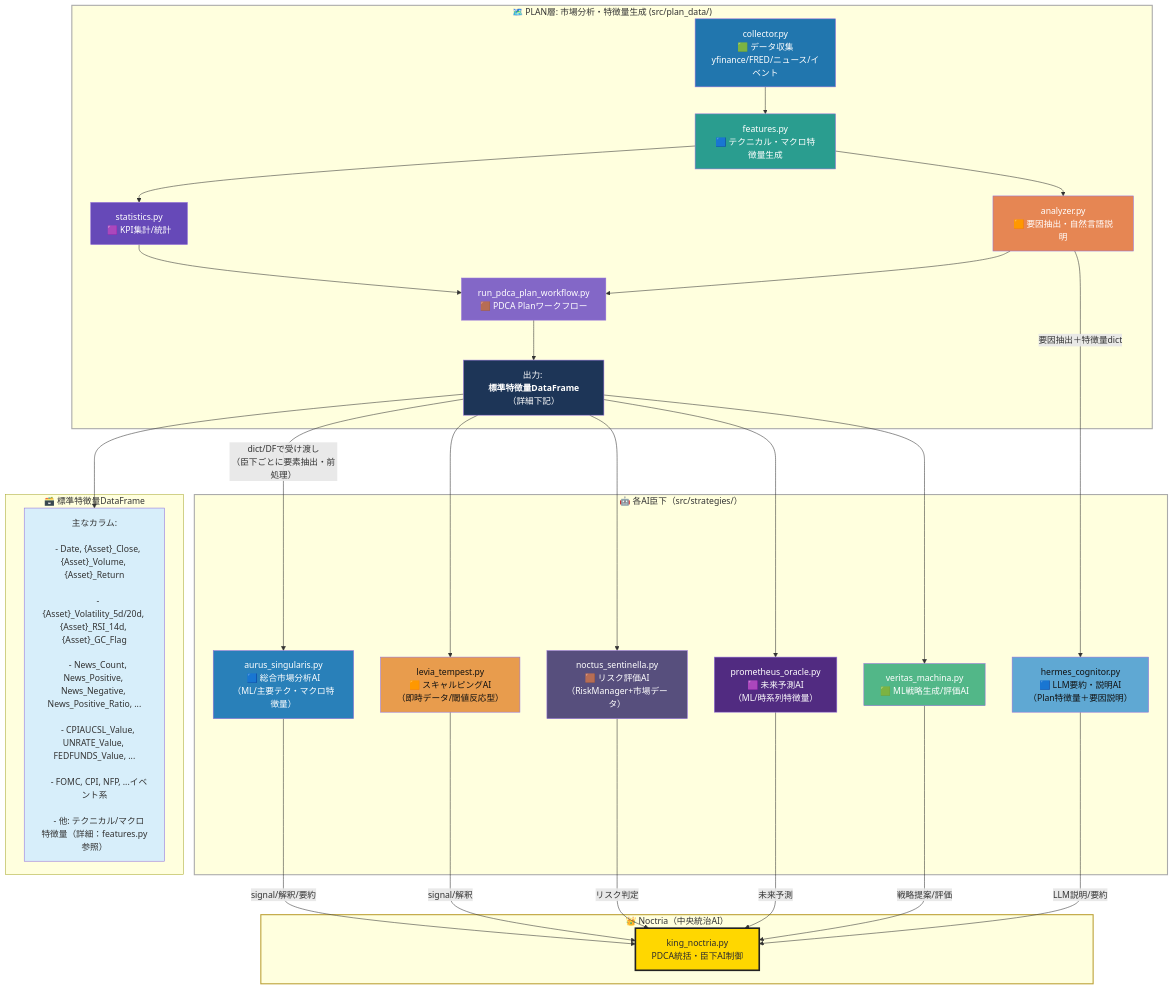
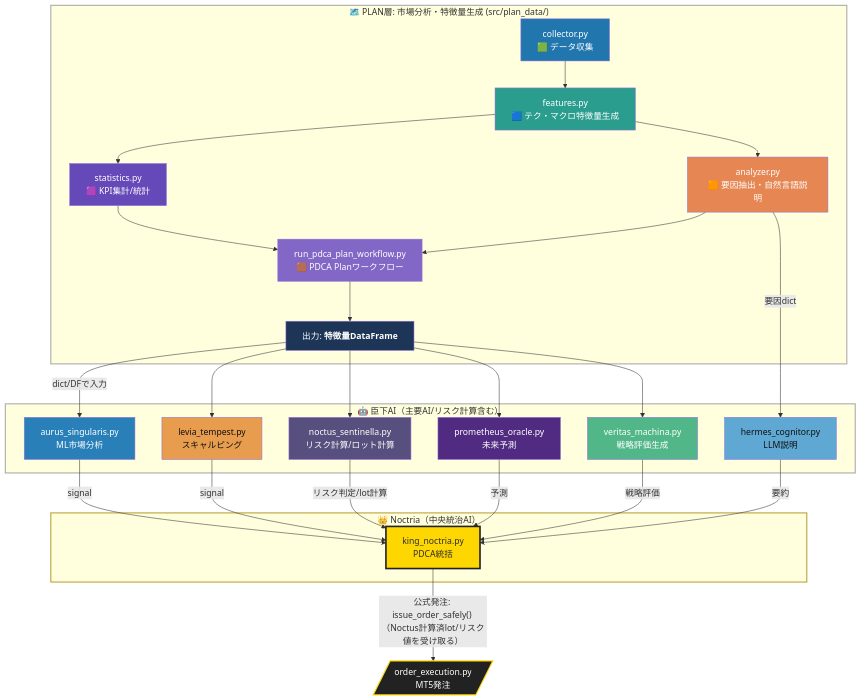
The diagram in docs/P層.mmd (Noctria/noctria_kingdom), drawn with Mermaid before and after one commit.

```diff
--- a/docs/P層.mmd
+++ b/docs/P層.mmd
@@ -1,79 +1,72 @@
 flowchart TD
 
   %% --- Plan層（計画・特徴量生成） ---
   subgraph Plan["🗺️ PLAN層: 市場分析・特徴量生成 (src/plan_data/)"]
-    COLLECTOR["collector.py<br>🟩 データ収集<br>yfinance/FRED/ニュース/イベント"]
-    FEATURES["features.py<br>🟦 テクニカル・マクロ特徴量生成"]
+    COLLECTOR["collector.py<br>🟩 データ収集"]
+    FEATURES["features.py<br>🟦 テク・マクロ特徴量生成"]
     STATISTICS["statistics.py<br>🟪 KPI集計/統計"]
     ANALYZER["analyzer.py<br>🟧 要因抽出・自然言語説明"]
-    PLAN_WORKFLOW["run_pdca_plan_workflow.py<br>🟫 PDCA Planワークフロー"]
-    DF_OUTPUT["出力: <br><b>標準特徴量DataFrame</b>（詳細下記）"]
+    PLAN_WF["run_pdca_plan_workflow.py<br>🟫 PDCA Planワークフロー"]
+    DF_OUT["出力: <b>特徴量DataFrame</b>"]
     COLLECTOR --> FEATURES
     FEATURES --> STATISTICS
     FEATURES --> ANALYZER
-    ANALYZER --> PLAN_WORKFLOW
-    STATISTICS --> PLAN_WORKFLOW
-    PLAN_WORKFLOW --> DF_OUTPUT
+    ANALYZER --> PLAN_WF
+    STATISTICS --> PLAN_WF
+    PLAN_WF --> DF_OUT
   end
 
-  %% --- 標準特徴量例 ---
-  subgraph DF["🗃️ 標準特徴量DataFrame"]
-    DF_COLUMNS["主なカラム:<br>
-    - Date, {Asset}_Close, {Asset}_Volume, {Asset}_Return<br>
-    - {Asset}_Volatility_5d/20d, {Asset}_RSI_14d, {Asset}_GC_Flag<br>
-    - News_Count, News_Positive, News_Negative, News_Positive_Ratio, ...<br>
-    - CPIAUCSL_Value, UNRATE_Value, FEDFUNDS_Value, ...<br>
-    - FOMC, CPI, NFP, ...イベント系<br>
-    - 他: テクニカル/マクロ特徴量（詳細：features.py参照）"]
-  end
-  DF_OUTPUT --> DF_COLUMNS
-
-  %% --- 各戦略AI（臣下AI） ---
-  subgraph Strategies["🤖 各AI臣下（src/strategies/）"]
-    AURUS["aurus_singularis.py<br>🟦 総合市場分析AI<br>（ML/主要テク・マクロ特徴量）"]
-    LEVIA["levia_tempest.py<br>🟧 スキャルピングAI<br>（即時データ/閾値反応型）"]
-    NOCTUS["noctus_sentinella.py<br>🟫 リスク評価AI<br>（RiskManager+市場データ）"]
-    PROMETHEUS["prometheus_oracle.py<br>🟪 未来予測AI<br>（ML/時系列特徴量）"]
-    HERMES["hermes_cognitor.py<br>🟦 LLM要約・説明AI<br>（Plan特徴量＋要因説明）"]
-    VERITAS["veritas_machina.py<br>🟩 ML戦略生成/評価AI"]
+  %% --- 臣下AI（主要ファイルのみ） ---
+  subgraph Vassals["🤖 臣下AI（主要AI/リスク計算含む）"]
+    AURUS["aurus_singularis.py<br>ML市場分析"]
+    LEVIA["levia_tempest.py<br>スキャルピング"]
+    NOCTUS["noctus_sentinella.py<br>リスク計算/ロット計算"]
+    PROMETHEUS["prometheus_oracle.py<br>未来予測"]
+    HERMES["hermes_cognitor.py<br>LLM説明"]
+    VERITAS["veritas_machina.py<br>戦略評価生成"]
   end
 
-  DF_OUTPUT -- "dict/DFで受け渡し\n（臣下ごとに要素抽出・前処理）" --> AURUS
-  DF_OUTPUT --> LEVIA
-  DF_OUTPUT --> NOCTUS
-  DF_OUTPUT --> PROMETHEUS
-  DF_OUTPUT --> VERITAS
-  ANALYZER -- "要因抽出＋特徴量dict" --> HERMES
+  %% --- データフロー ---
+  DF_OUT -- "dict/DFで入力" --> AURUS
+  DF_OUT --> LEVIA
+  DF_OUT --> NOCTUS
+  DF_OUT --> PROMETHEUS
+  DF_OUT --> VERITAS
+  ANALYZER -- "要因dict" --> HERMES
 
-  %% --- 王（Noctria）による統治 ---
+  %% --- 王（Noctria） ---
   subgraph King["👑 Noctria（中央統治AI）"]
-    KING["king_noctria.py<br>PDCA統括・臣下AI制御"]
+    KING["king_noctria.py<br>PDCA統括"]
   end
 
-  AURUS -- "signal/解釈/要約" --> KING
-  LEVIA -- "signal/解釈" --> KING
-  NOCTUS -- "リスク判定" --> KING
-  PROMETHEUS -- "未来予測" --> KING
-  HERMES -- "LLM説明/要約" --> KING
-  VERITAS -- "戦略提案/評価" --> KING
+  AURUS -- "signal" --> KING
+  LEVIA -- "signal" --> KING
+  NOCTUS -- "リスク判定/lot計算" --> KING
+  PROMETHEUS -- "予測" --> KING
+  HERMES -- "要約" --> KING
+  VERITAS -- "戦略評価" --> KING
 
-  %% --- デザイン調整: 明暗配色+可読性向上 ---
+  %% --- Do層（order_execution）への受け渡し ---
+  KING -- "公式発注: issue_order_safely() <br>（Noctus計算済lot/リスク値を受け取る）" --> DOORDER[/"order_execution.py<br>MT5発注"/]
+
+  %% --- スタイル調整 ---
   style COLLECTOR fill:#2176ae,color:#fff
   style FEATURES fill:#2a9d8f,color:#fff
   style STATISTICS fill:#6649b8,color:#fff
   style ANALYZER fill:#e68653,color:#fff
-  style PLAN_WORKFLOW fill:#8367c7,color:#fff
-  style DF_OUTPUT fill:#1d3557,color:#fff
-  style DF_COLUMNS fill:#d7eefa,color:#333
+  style PLAN_WF fill:#8367c7,color:#fff
+  style DF_OUT fill:#1d3557,color:#fff
 
   style AURUS fill:#2980b9,color:#fff
   style LEVIA fill:#e89c4d,color:#111
   style NOCTUS fill:#574f7d,color:#fff
   style PROMETHEUS fill:#512b81,color:#fff
   style HERMES fill:#5fa8d3,color:#111
   style VERITAS fill:#52b788,color:#fff
 
   style KING fill:#FFD700,color:#2d2d2d,stroke:#222,stroke-width:3px
+  style DOORDER fill:#222,color:#fff,stroke:#FFD700,stroke-width:2px
+
   style Plan stroke:#aaa,stroke-width:2px
-  style Strategies stroke:#aaa,stroke-width:2px
+  style Vassals stroke:#aaa,stroke-width:2px
   style King stroke:#bca136,stroke-width:2px
```
